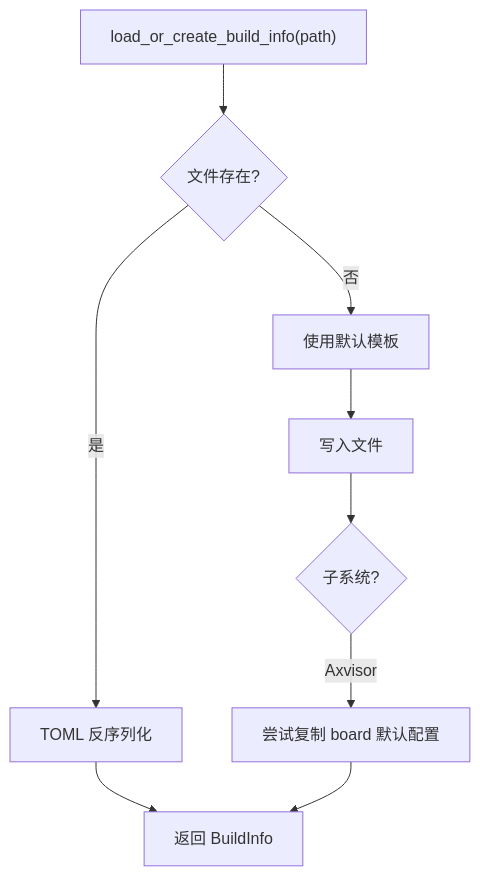
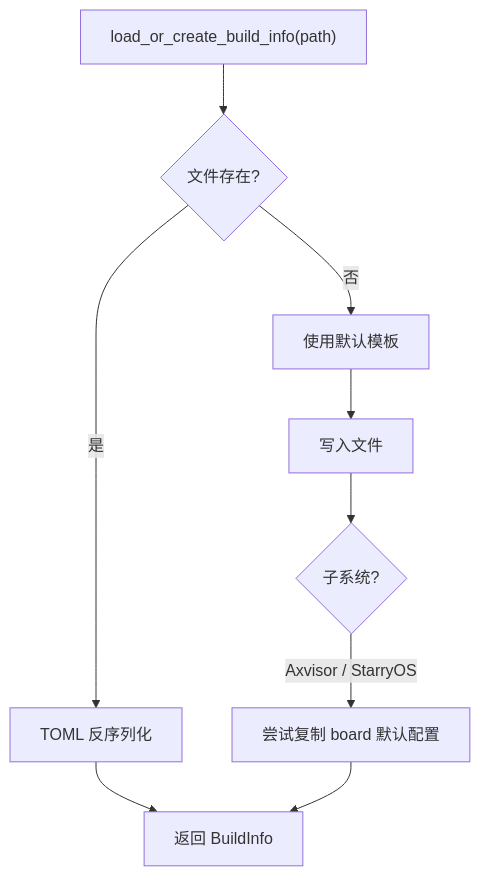
Before and after one commit to rcore-os/tgoskits: the third of 4 diagrams in docs/docs/build/configuration.md, drawn with Mermaid. The commit also changed other lines of this file, not shown here.

Commit message:
Enhance default configuration copying for Axvisor and StarryOS in Build Info process

````diff
--- a/docs/docs/build/configuration.md
+++ b/docs/docs/build/configuration.md
@@ -200,11 +200,11 @@
 ```mermaid
 flowchart TD
     A["load_or_create_build_info(path)"] --> B{文件存在?}
     B -->|是| C["TOML 反序列化"]
     B -->|否| D["使用默认模板"]
     D --> E["写入文件"]
     E --> F{子系统?}
-    F -->|Axvisor| G["尝试复制 board 默认配置"]
+    F -->|Axvisor / StarryOS| G["尝试复制 board 默认配置"]
     C --> H["返回 BuildInfo"]
     G --> H
 ```
````
